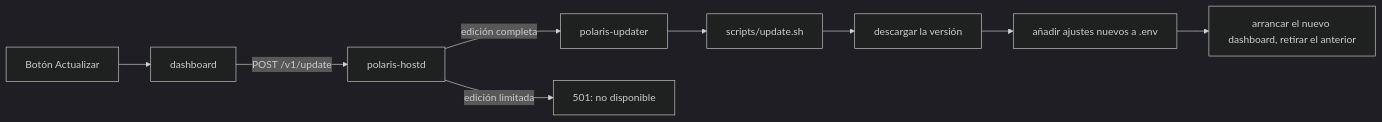
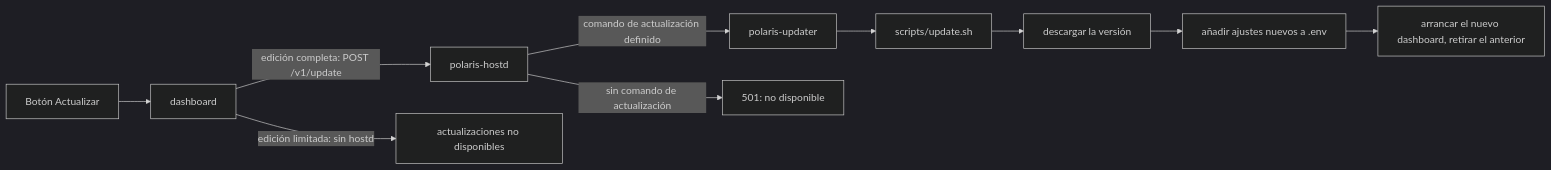
One commit to FJRG2007/polaris changed the second of 5 diagrams in README.es.md. Above: the diagram before and after it, drawn with Mermaid (dark theme). The commit also changed other lines of this file and 1 other file, not shown here.

Commit message:
🐛 enigma(review): Correct README update diagram and model provider count

````diff
--- a/README.es.md
+++ b/README.es.md
@@ -125,11 +125,12 @@
 ```mermaid
 flowchart LR
     A[Botón Actualizar] --> B[dashboard]
-    B -- POST /v1/update --> C[polaris-hostd]
-    C -- edición completa --> D[polaris-updater]
+    B -- edición completa: POST /v1/update --> C[polaris-hostd]
+    B -- edición limitada: sin hostd --> Y[actualizaciones no disponibles]
+    C -- comando de actualización definido --> D[polaris-updater]
     D --> E[scripts/update.sh]
     E --> F[descargar la versión]
     F --> G[añadir ajustes nuevos a .env]
     G --> H[arrancar el nuevo dashboard, retirar el anterior]
-    C -- edición limitada --> X[501: no disponible]
+    C -- sin comando de actualización --> X[501: no disponible]
 ```
````
